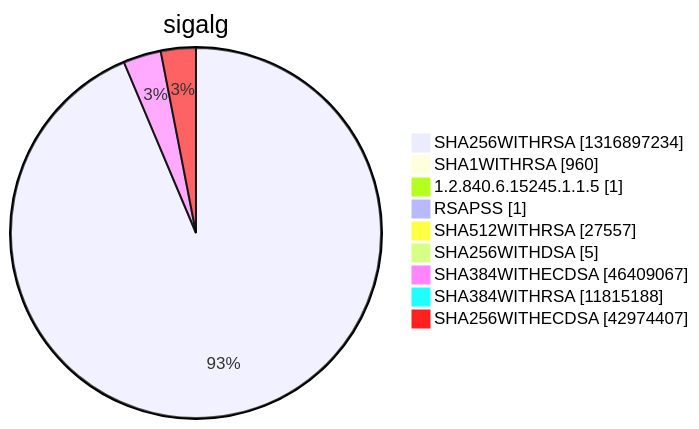
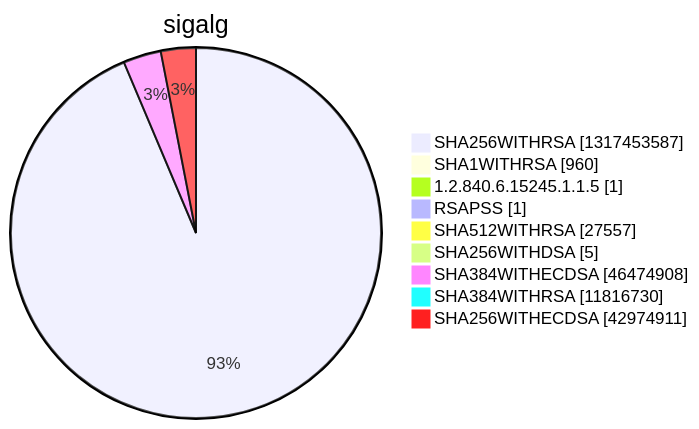
Before and after one commit to christiankrug/ctmonitor_visualization: diagram 15 of 15 in argon2022/README.md, drawn with Mermaid. The commit also changed other lines of this file, not shown here.

````diff
--- a/argon2022/README.md
+++ b/argon2022/README.md
@@ -5524,13 +5524,13 @@
 ```mermaid
 pie showData
 title sigalg
-"SHA256WITHRSA" :1316897234
+"SHA256WITHRSA" :1317453587
 "SHA1WITHRSA" :960
 "1.2.840.6.15245.1.1.5" :1
 "RSAPSS" :1
 "SHA512WITHRSA" :27557
 "SHA256WITHDSA" :5
-"SHA384WITHECDSA" :46409067
-"SHA384WITHRSA" :11815188
-"SHA256WITHECDSA" :42974407
+"SHA384WITHECDSA" :46474908
+"SHA384WITHRSA" :11816730
+"SHA256WITHECDSA" :42974911
 ```
````
